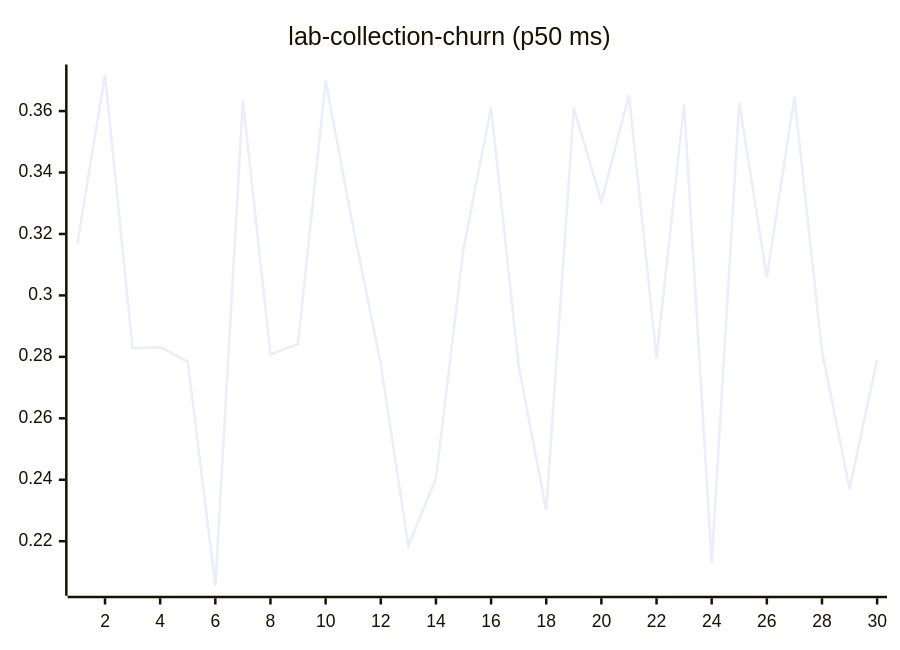
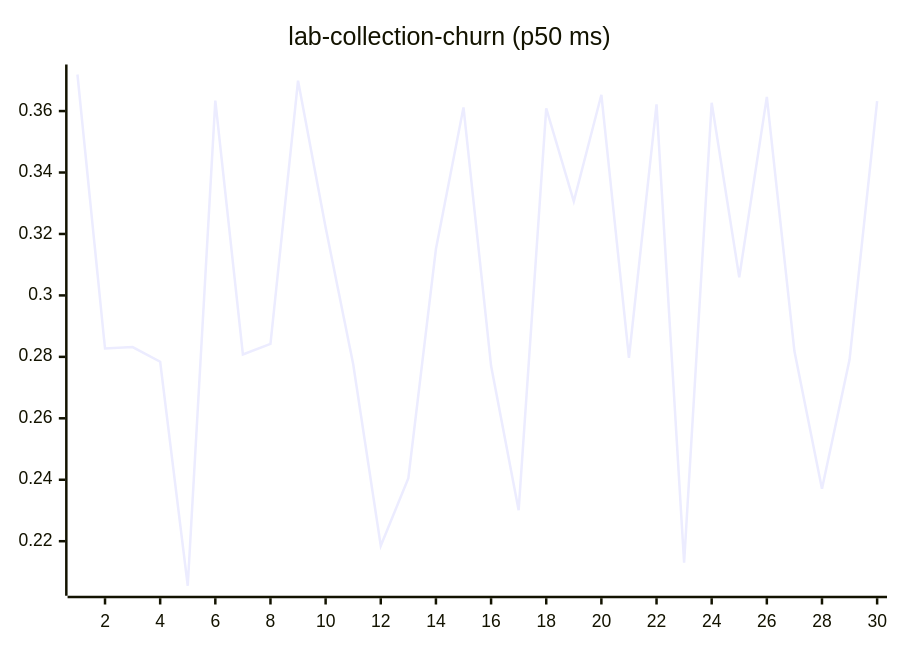
One commit to josha/Facet changed diagram 11 of 27 in README.md. Above: the diagram before and after it, drawn with Mermaid. The commit also changed other lines of this file and 2 other files, not shown here.

````diff
--- a/README.md
+++ b/README.md
@@ -133,6 +133,6 @@
 ```mermaid
 xychart-beta
     title "lab-collection-churn (p50 ms)"
     x-axis 1 --> 30
-    line [0.3170, 0.3719, 0.2827, 0.2832, 0.2784, 0.2055, 0.3634, 0.2808, 0.2842, 0.3699, 0.3221, 0.2776, 0.2185, 0.2405, 0.3151, 0.3612, 0.2771, 0.2301, 0.3609, 0.3306, 0.3653, 0.2797, 0.3622, 0.2130, 0.3627, 0.3059, 0.3646, 0.2819, 0.2371, 0.2791]
+    line [0.3719, 0.2827, 0.2832, 0.2784, 0.2055, 0.3634, 0.2808, 0.2842, 0.3699, 0.3221, 0.2776, 0.2185, 0.2405, 0.3151, 0.3612, 0.2771, 0.2301, 0.3609, 0.3306, 0.3653, 0.2797, 0.3622, 0.2130, 0.3627, 0.3059, 0.3646, 0.2819, 0.2371, 0.2791, 0.3632]
 ```
````
